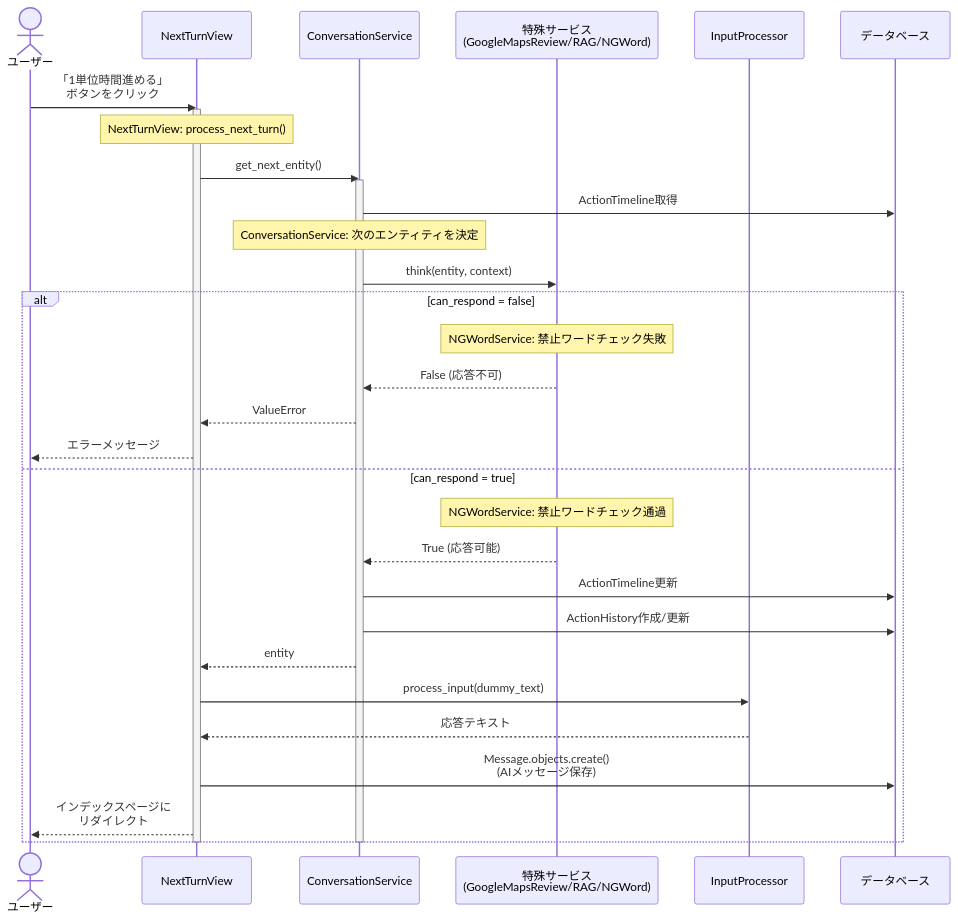
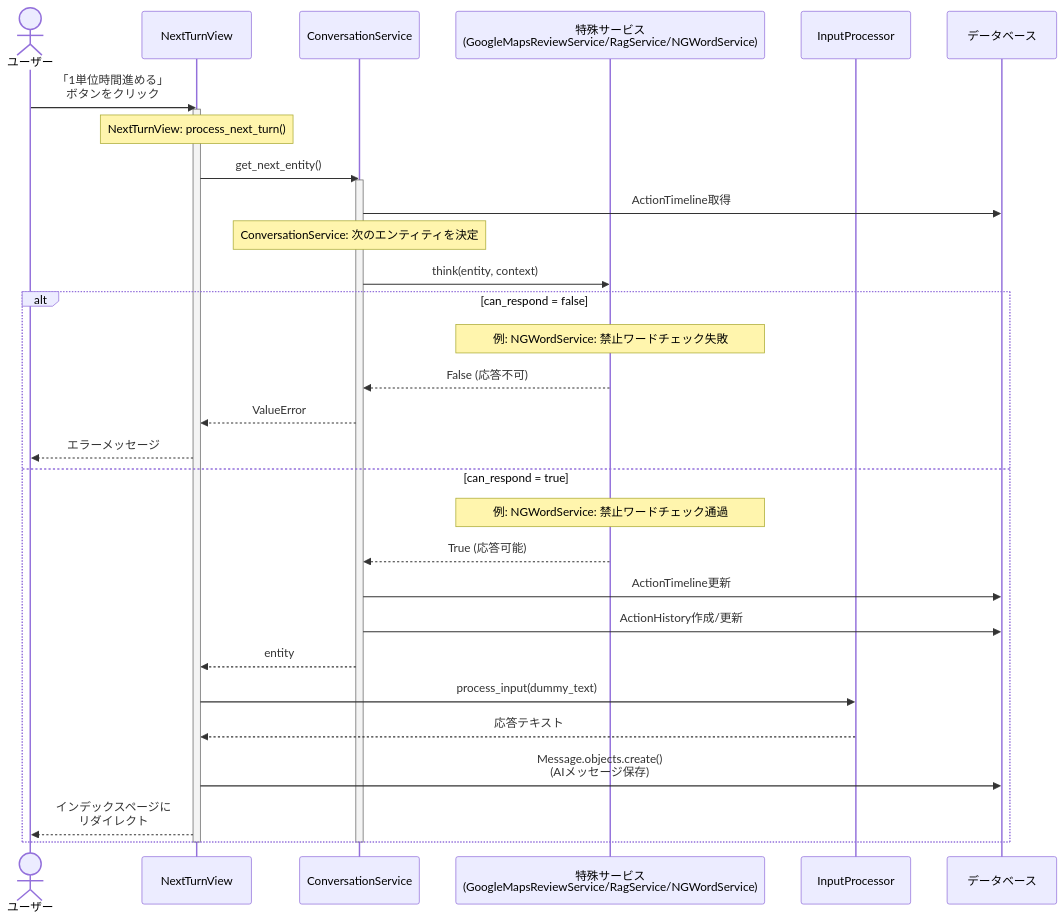
Before and after one commit to duri0214/portfolio: the second of 2 diagrams in ai_agent/README.md, drawn with Mermaid. The commit also changed other lines of this file, not shown here.

````diff
--- a/ai_agent/README.md
+++ b/ai_agent/README.md
@@ -181,39 +224,39 @@
 ```mermaid
 sequenceDiagram
     actor User as ユーザー
     participant NTV as NextTurnView
     participant CS as ConversationService
-    participant SS as 特殊サービス<br>(GoogleMapsReview/RAG/NGWord)
+    participant SS as 特殊サービス<br>(GoogleMapsReviewService/RagService/NGWordService)
     participant IP as InputProcessor
     participant DB as データベース
 
     User->>NTV: 「1単位時間進める」<br>ボタンをクリック
     activate NTV
     Note over NTV: NextTurnView: process_next_turn()
     NTV->>CS: get_next_entity()
 
     activate CS
     CS->>DB: ActionTimeline取得
     Note over CS: ConversationService: 次のエンティティを決定
     CS->>SS: think(entity, context)
 
     alt can_respond = false
-        Note over SS: NGWordService: 禁止ワードチェック失敗
+        Note over SS: 例: NGWordService: 禁止ワードチェック失敗
         SS-->>CS: False (応答不可)
         CS-->>NTV: ValueError
         NTV-->>User: エラーメッセージ
     else can_respond = true
-        Note over SS: NGWordService: 禁止ワードチェック通過
+        Note over SS: 例: NGWordService: 禁止ワードチェック通過
         SS-->>CS: True (応答可能)
         CS->>DB: ActionTimeline更新
         CS->>DB: ActionHistory作成/更新
         CS-->>NTV: entity
 
         NTV->>IP: process_input(dummy_text)
         IP-->>NTV: 応答テキスト
         NTV->>DB: Message.objects.create()<br>(AIメッセージ保存)
         NTV-->>User: インデックスページに<br>リダイレクト
     end
     deactivate CS
     deactivate NTV
 ```
````
